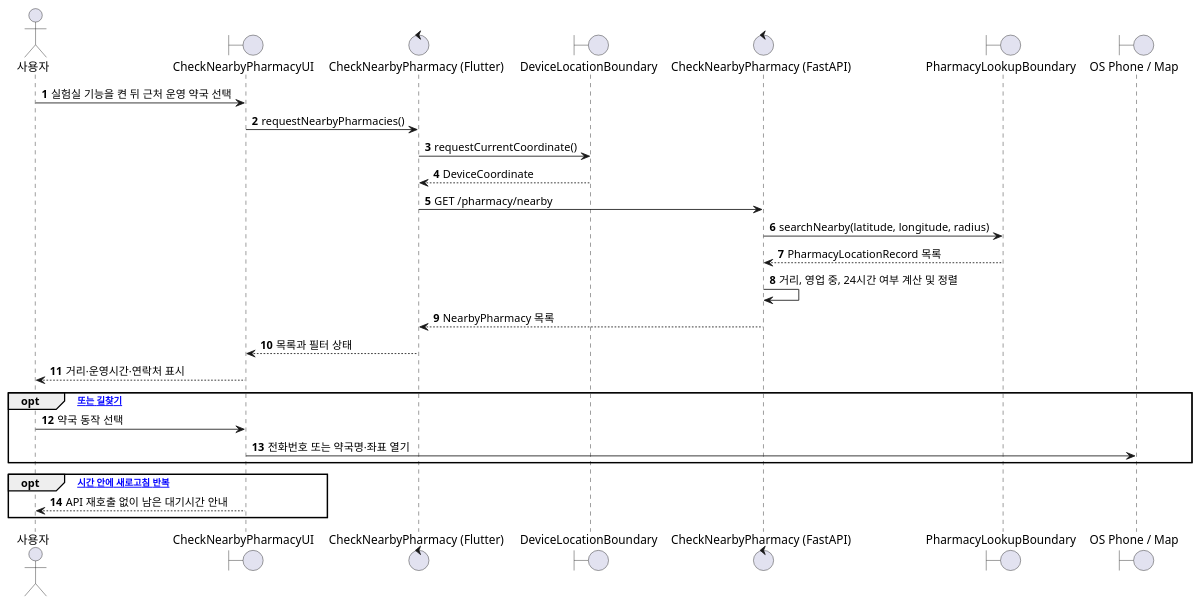
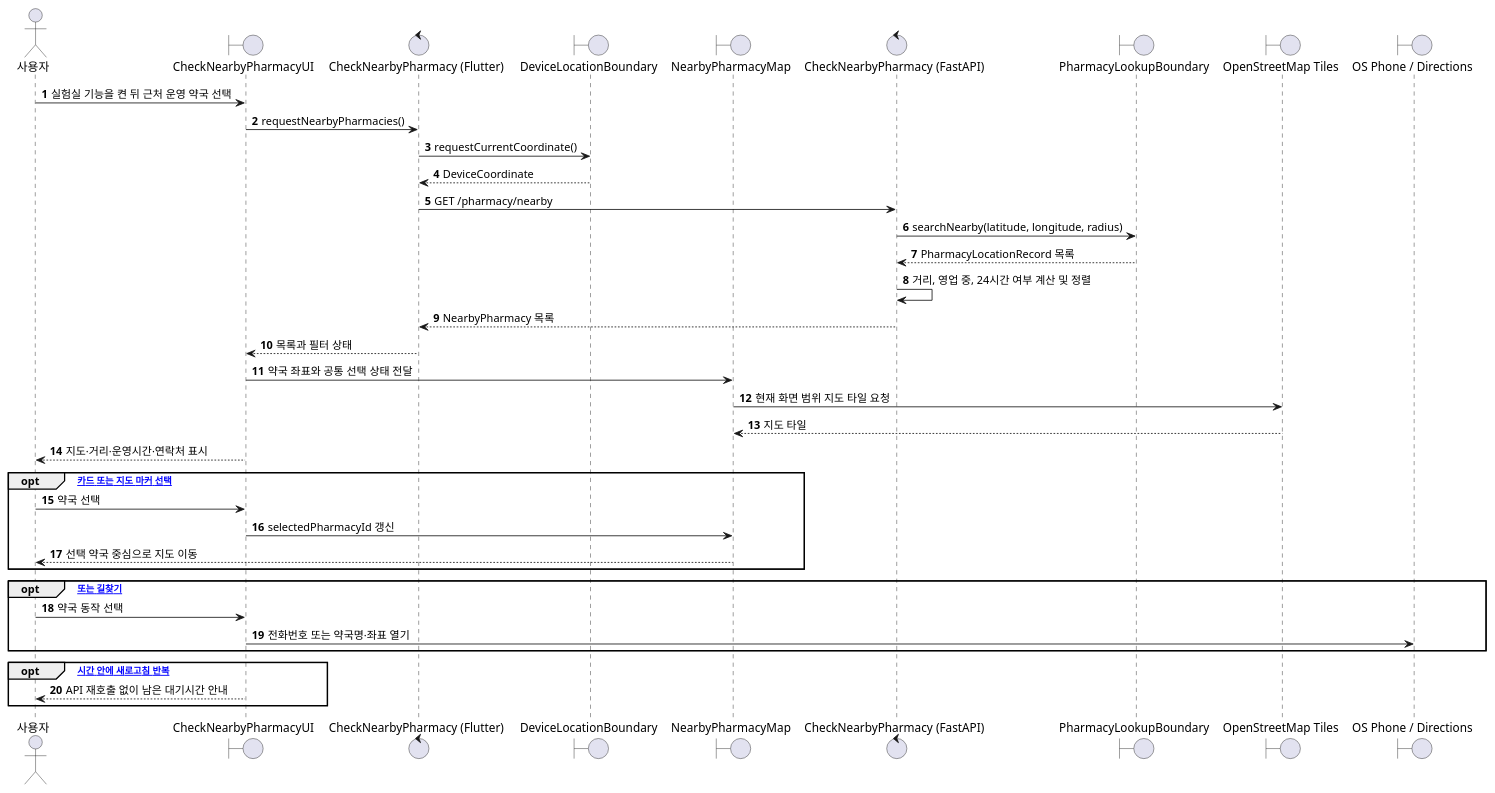
One commit to 1window2/MedBuddy changed the ninth of 10 diagrams in docs/MedBuddy - Sequence Diagrams.md. Above: the diagram before and after it, drawn with PlantUML. The commit also changed other lines of this file and 6 other files, not shown here.

Commit message:
docs: document in-app pharmacy map flow

````diff
--- a/docs/MedBuddy - Sequence Diagrams.md
+++ b/docs/MedBuddy - Sequence Diagrams.md
@@ -1091,31 +1092,41 @@
 ```plantuml
 @startuml SD09_Nearby_Pharmacy
 autonumber
 actor "사용자" as User
 boundary "CheckNearbyPharmacyUI" as UI
 control "CheckNearbyPharmacy (Flutter)" as FE
 boundary "DeviceLocationBoundary" as Location
+boundary "NearbyPharmacyMap" as Map
 control "CheckNearbyPharmacy (FastAPI)" as BE
 boundary "PharmacyLookupBoundary" as PublicAPI
-boundary "OS Phone / Map" as ExternalApp
+boundary "OpenStreetMap Tiles" as OSM
+boundary "OS Phone / Directions" as ExternalApp
 
 User -> UI : 실험실 기능을 켠 뒤 근처 운영 약국 선택
 UI -> FE : requestNearbyPharmacies()
 FE -> Location : requestCurrentCoordinate()
 Location --> FE : DeviceCoordinate
 FE -> BE : GET /pharmacy/nearby
 BE -> PublicAPI : searchNearby(latitude, longitude, radius)
 PublicAPI --> BE : PharmacyLocationRecord 목록
 BE -> BE : 거리, 영업 중, 24시간 여부 계산 및 정렬
 BE --> FE : NearbyPharmacy 목록
 FE --> UI : 목록과 필터 상태
-UI --> User : 거리·운영시간·연락처 표시
+UI -> Map : 약국 좌표와 공통 선택 상태 전달
+Map -> OSM : 현재 화면 범위 지도 타일 요청
+OSM --> Map : 지도 타일
+UI --> User : 지도·거리·운영시간·연락처 표시
+opt [약국 카드 또는 지도 마커 선택]
+  User -> UI : 약국 선택
+  UI -> Map : selectedPharmacyId 갱신
+  Map --> User : 선택 약국 중심으로 지도 이동
+end
 opt [전화 또는 길찾기]
   User -> UI : 약국 동작 선택
   UI -> ExternalApp : 전화번호 또는 약국명·좌표 열기
 end
 opt [짧은 시간 안에 새로고침 반복]
   UI --> User : API 재호출 없이 남은 대기시간 안내
 end
 @enduml
 ```
````
